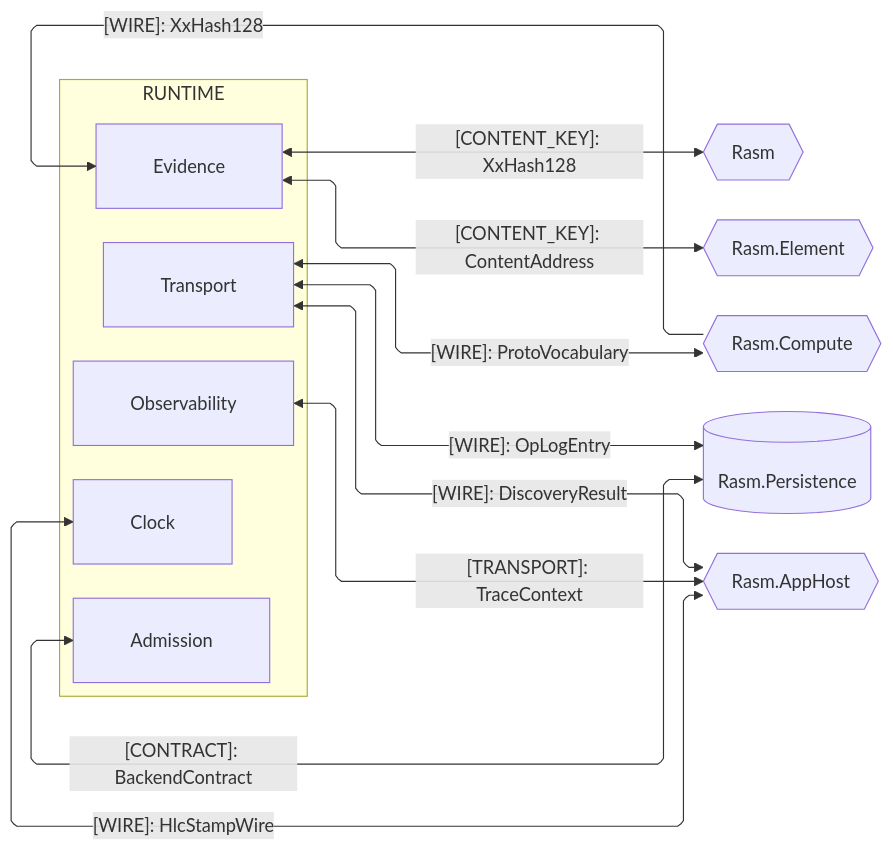
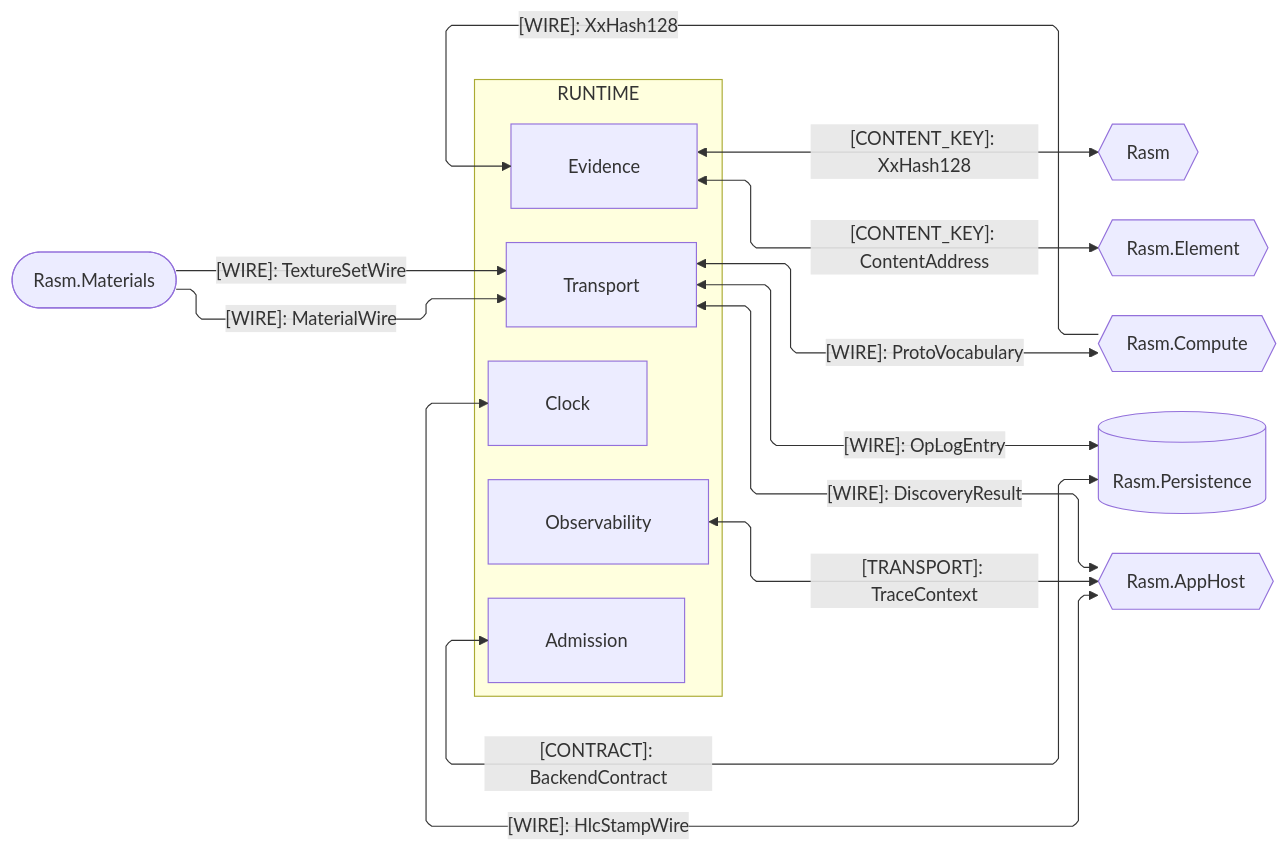
One commit to bsamiee/Rasm changed the second of 3 diagrams in libs/python/runtime/ARCHITECTURE.md. Above: the diagram before and after it, drawn with Mermaid. The commit also changed other lines of this file and 27 other files, not shown here.

````diff
--- a/libs/python/runtime/ARCHITECTURE.md
+++ b/libs/python/runtime/ARCHITECTURE.md
@@ -124,33 +124,36 @@
 ```mermaid
 ---
 config:
   layout: elk
   flowchart:
     curve: linear
     padding: 25
 ---
 flowchart LR
     accTitle: Runtime C# platform and kernel seams
     accDescr: Runtime sub-domain owners exchanging content keys, wire codecs, gRPC transport, and clock stamps with the C# peers.
     subgraph runtime[RUNTIME]
         Evidence[Evidence]
         Admission[Admission]
         Transport[Transport]
         Observability[Observability]
         Clock[Clock]
     end
     Rasm{{Rasm}}
     Element{{Rasm.Element}}
     Compute{{Rasm.Compute}}
     Persistence[(Rasm.Persistence)]
     AppHost{{Rasm.AppHost}}
+    Materials([Rasm.Materials])
+    Materials e10@-->|"[WIRE]: MaterialWire"| Transport
+    Materials e29@-->|"[WIRE]: TextureSetWire"| Transport
     Evidence e1@<-->|"[CONTENT_KEY]: XxHash128"| Rasm
     Evidence e2@<-->|"[CONTENT_KEY]: ContentAddress"| Element
     Compute e3@-->|"[WIRE]: XxHash128"| Evidence
     Transport e4@<-->|"[WIRE]: ProtoVocabulary"| Compute
     Transport e5@<-->|"[WIRE]: OpLogEntry"| Persistence
     Persistence e9@<-->|"[CONTRACT]: BackendContract"| Admission
     Transport e6@<-->|"[WIRE]: DiscoveryResult"| AppHost
     Observability e7@<-->|"[TRANSPORT]: TraceContext"| AppHost
     AppHost e8@<-->|"[WIRE]: HlcStampWire"| Clock
 ```
````
